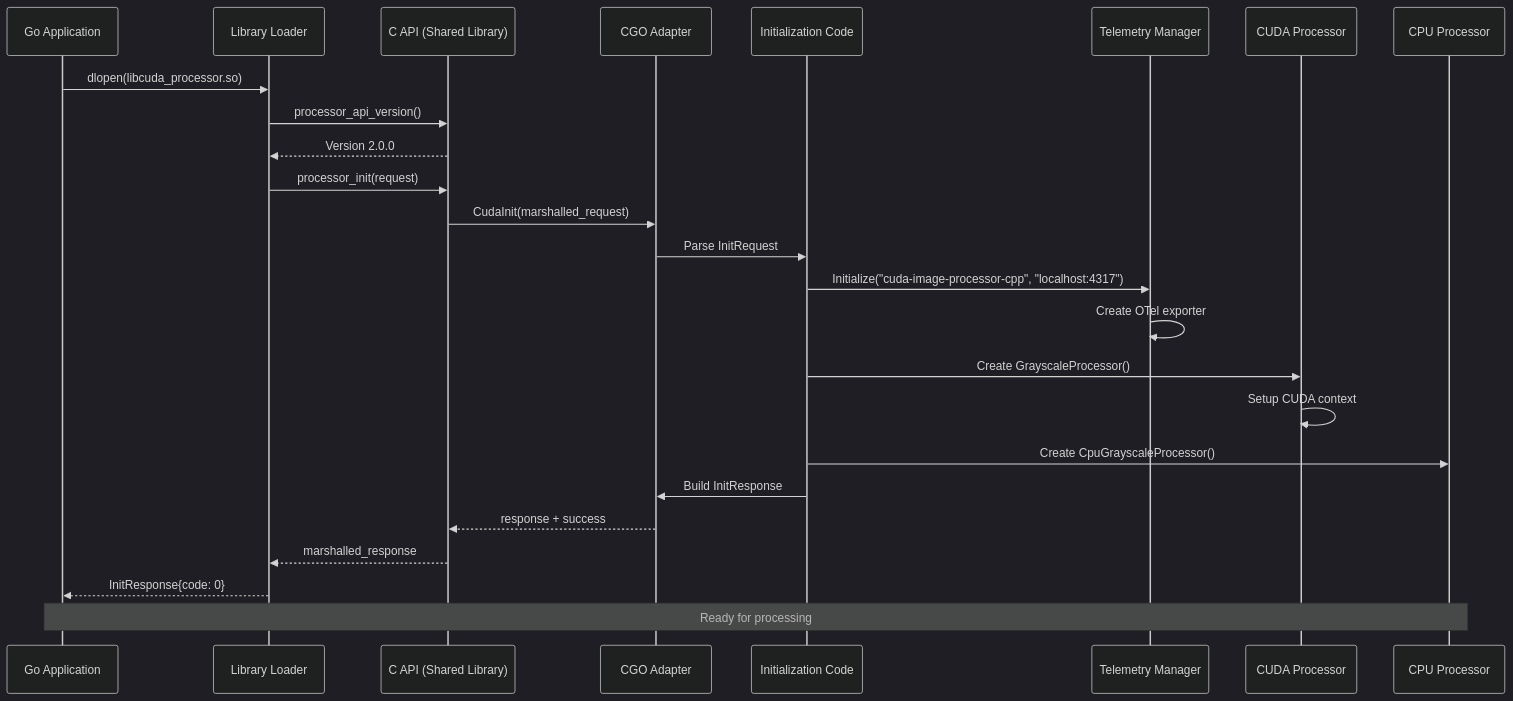
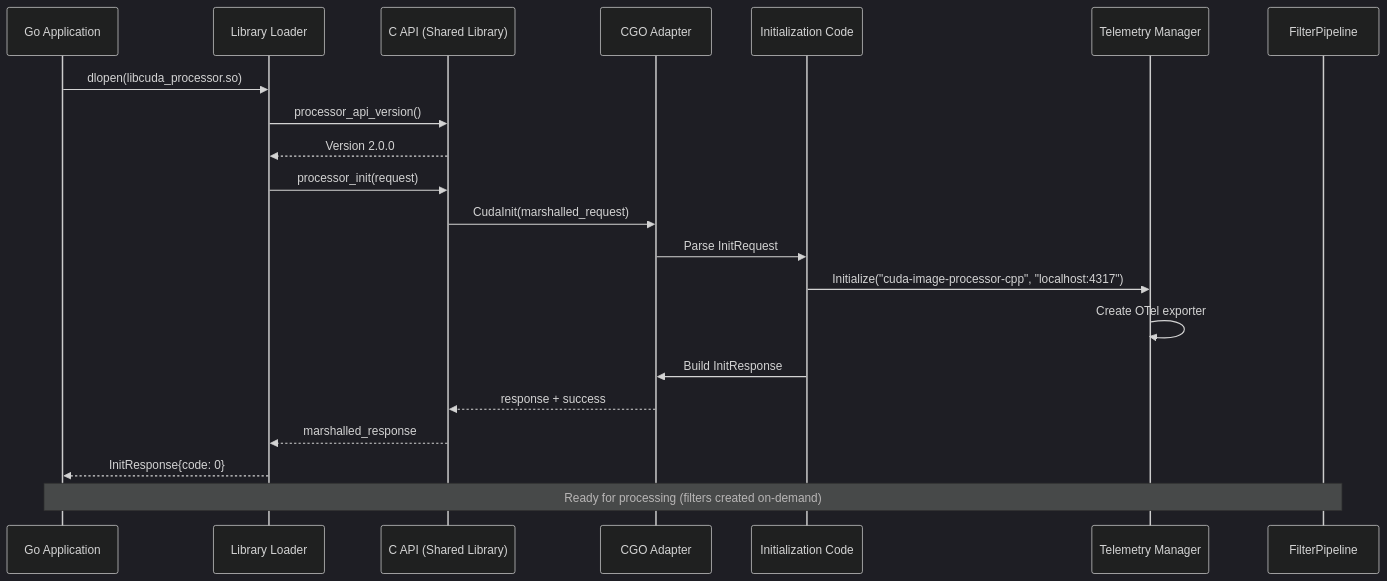
One commit to josnelihurt/learning-cuda changed the second of 3 diagrams in cpp_accelerator/README.md. Above: the diagram before and after it, drawn with Mermaid (dark theme). The commit also changed other lines of this file and 2 other files, not shown here.

First line of the commit message:
fix: accept RGBA images in cuda grayscale filter

````diff
--- a/cpp_accelerator/README.md
+++ b/cpp_accelerator/README.md
@@ -90,29 +90,25 @@
 ```mermaid
 sequenceDiagram
     participant Go as Go Application
     participant Loader as Library Loader
     participant API as C API (Shared Library)
     participant CGO as CGO Adapter
     participant Init as Initialization Code
     participant TM as Telemetry Manager
-    participant GPU as CUDA Processor
-    participant CPU as CPU Processor
+    participant Pipeline as FilterPipeline
     
     Go->>Loader: dlopen(libcuda_processor.so)
     Loader->>API: processor_api_version()
     API-->>Loader: Version 2.0.0
     Loader->>API: processor_init(request)
     API->>CGO: CudaInit(marshalled_request)
     CGO->>Init: Parse InitRequest
     Init->>TM: Initialize("cuda-image-processor-cpp", "localhost:4317")
     TM->>TM: Create OTel exporter
-    Init->>GPU: Create GrayscaleProcessor()
-    GPU->>GPU: Setup CUDA context
-    Init->>CPU: Create CpuGrayscaleProcessor()
     Init->>CGO: Build InitResponse
     CGO-->>API: response + success
     API-->>Loader: marshalled_response
     Loader-->>Go: InitResponse{code: 0}
     
-    Note over Go,CPU: Ready for processing
+    Note over Go,Pipeline: Ready for processing (filters created on-demand)
 ```
````
